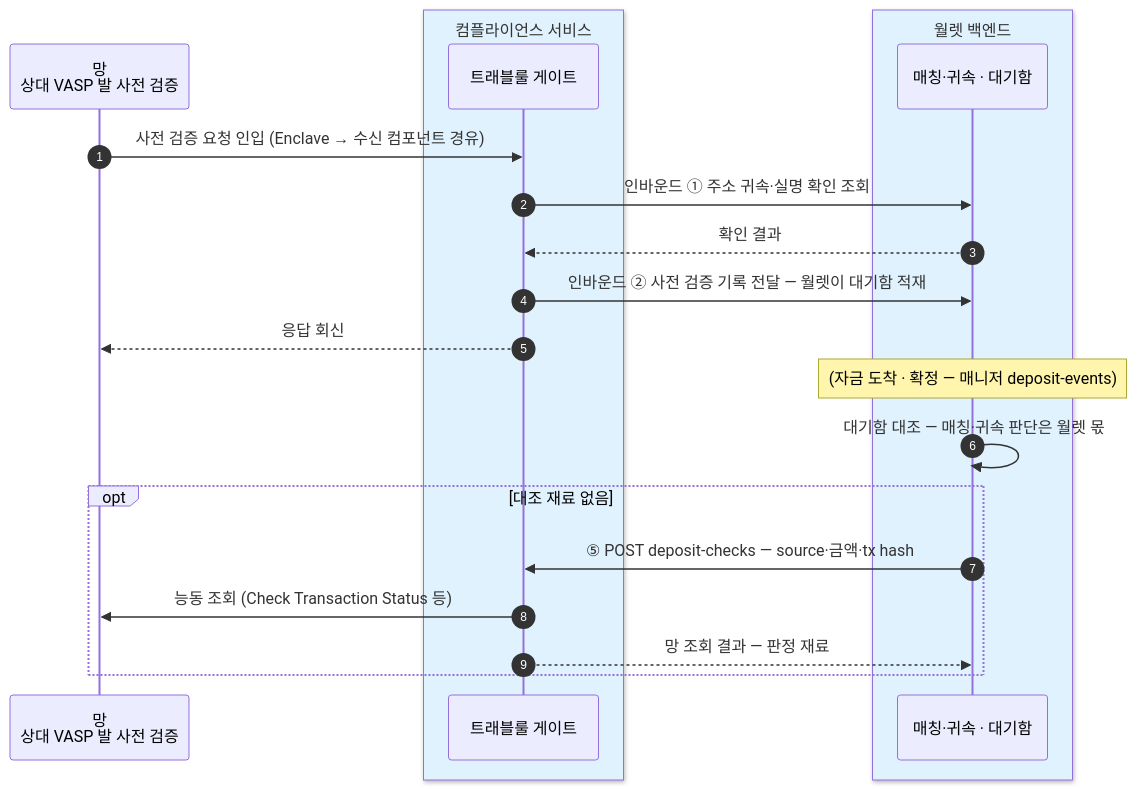
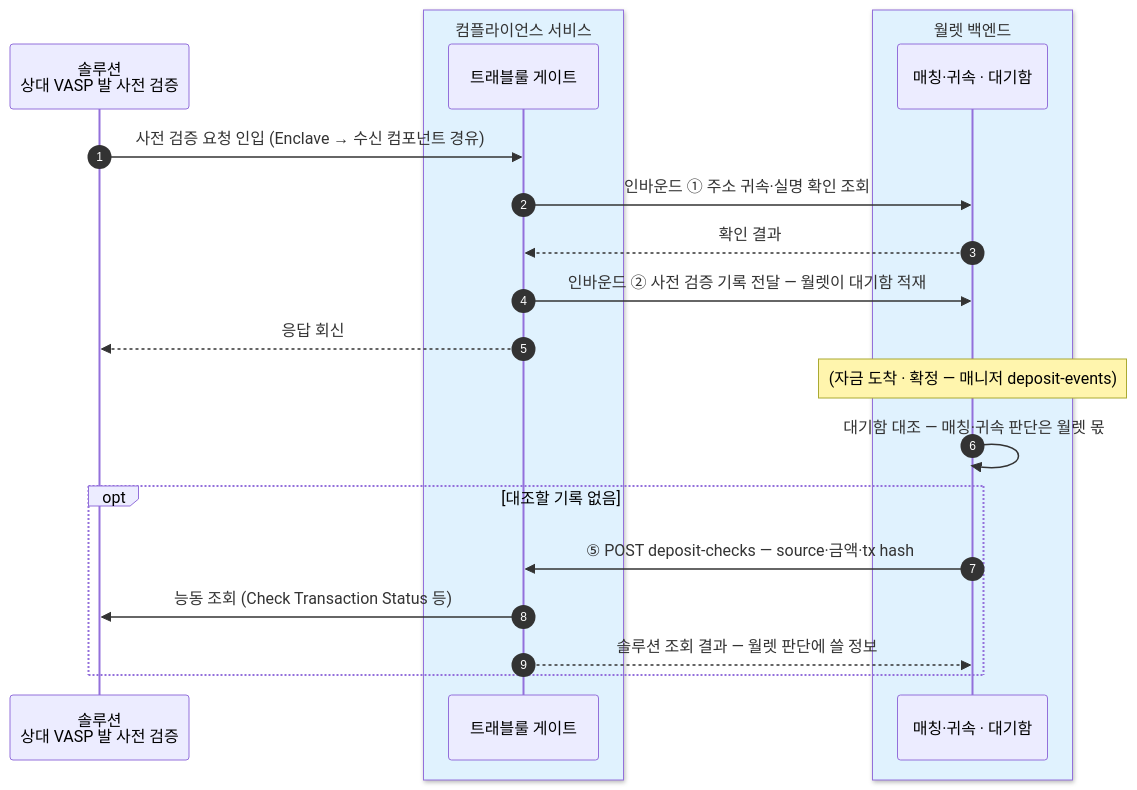
Before and after one commit to eunsujeo/eunpus: the fourth of 4 diagrams in blockchain-manager/docs/컴플라이언스/설계/01-interface.md, drawn with Mermaid. The commit also changed other lines of this file and 26 other files, not shown here.

````diff
--- a/blockchain-manager/docs/컴플라이언스/설계/01-interface.md
+++ b/blockchain-manager/docs/컴플라이언스/설계/01-interface.md
@@ -81,24 +160,24 @@
 ```mermaid
 sequenceDiagram
     autonumber
-    participant NET as 망<br/>상대 VASP 발 사전 검증
+    participant NET as 솔루션<br/>상대 VASP 발 사전 검증
     box rgb(224,242,254) 컴플라이언스 서비스
     participant CP as 트래블룰 게이트
     end
     box rgb(224,242,254) 월렛 백엔드
     participant BE as 매칭·귀속 · 대기함
     end
 
     NET->>CP: 사전 검증 요청 인입 (Enclave → 수신 컴포넌트 경유)
     CP->>BE: 인바운드 ① 주소 귀속·실명 확인 조회
     BE-->>CP: 확인 결과
     CP->>BE: 인바운드 ② 사전 검증 기록 전달 — 월렛이 대기함 적재
     CP-->>NET: 응답 회신
     Note over BE: (자금 도착 · 확정 — 매니저 deposit-events)
     BE->>BE: 대기함 대조 — 매칭·귀속 판단은 월렛 몫
-    opt 대조 재료 없음
+    opt 대조할 기록 없음
         BE->>CP: ⑤ POST deposit-checks — source·금액·tx hash
         CP->>NET: 능동 조회 (Check Transaction Status 등)
-        CP-->>BE: 망 조회 결과 — 판정 재료
+        CP-->>BE: 솔루션 조회 결과 — 월렛 판단에 쓸 정보
     end
 ```
````
